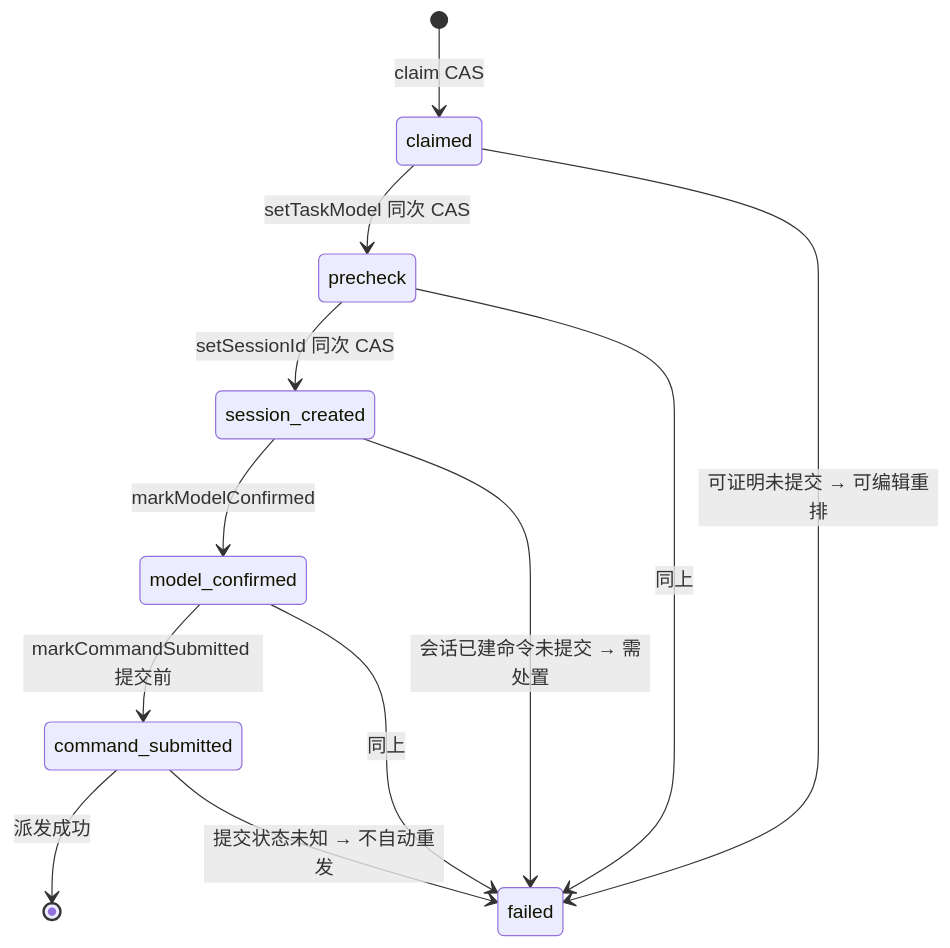
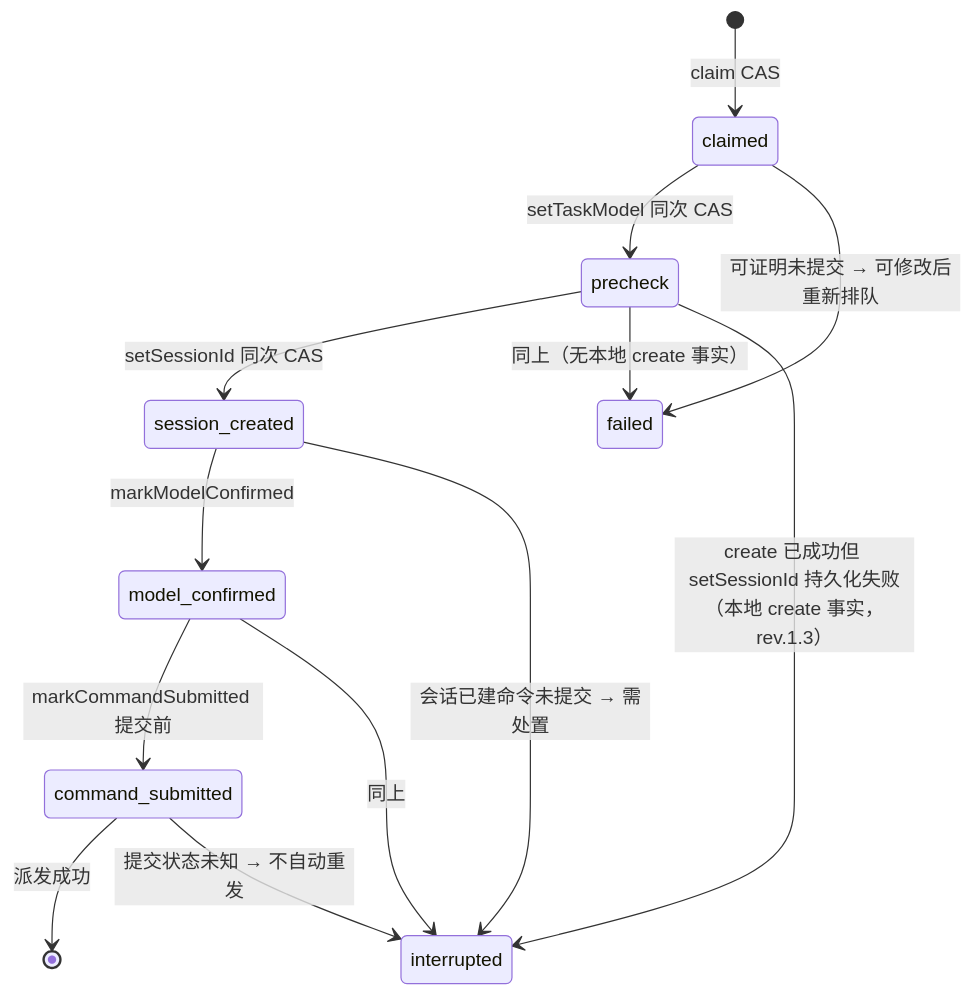
Before and after one commit to zhengxia19/dsh-goal-queue: the fifth of 5 diagrams in docs/design.md, drawn with Mermaid. The commit also changed other lines of this file, not shown here.

Commit message:
docs(design): rev.1.3 OBS-9/10/11 裁定——状态图 failed/interrupted 语义分流、本地 create 事实口径、权威命名对齐

````diff
--- a/docs/design.md
+++ b/docs/design.md
@@ -462,14 +464,15 @@
 ```mermaid
 stateDiagram-v2
     [*] --> claimed: claim CAS
     claimed --> precheck: setTaskModel 同次 CAS
     precheck --> session_created: setSessionId 同次 CAS
     session_created --> model_confirmed: markModelConfirmed
     model_confirmed --> command_submitted: markCommandSubmitted 提交前
     command_submitted --> [*]: 派发成功
-    claimed --> failed: 可证明未提交 → 可编辑重排
-    precheck --> failed: 同上
-    session_created --> failed: 会话已建命令未提交 → 需处置
-    model_confirmed --> failed: 同上
-    command_submitted --> failed: 提交状态未知 → 不自动重发
+    claimed --> failed: 可证明未提交 → 可修改后重新排队
+    precheck --> failed: 同上（无本地 create 事实）
+    session_created --> interrupted: 会话已建命令未提交 → 需处置
+    model_confirmed --> interrupted: 同上
+    command_submitted --> interrupted: 提交状态未知 → 不自动重发
+    precheck --> interrupted: create 已成功但 setSessionId 持久化失败（本地 create 事实，rev.1.3）
 ```
````
